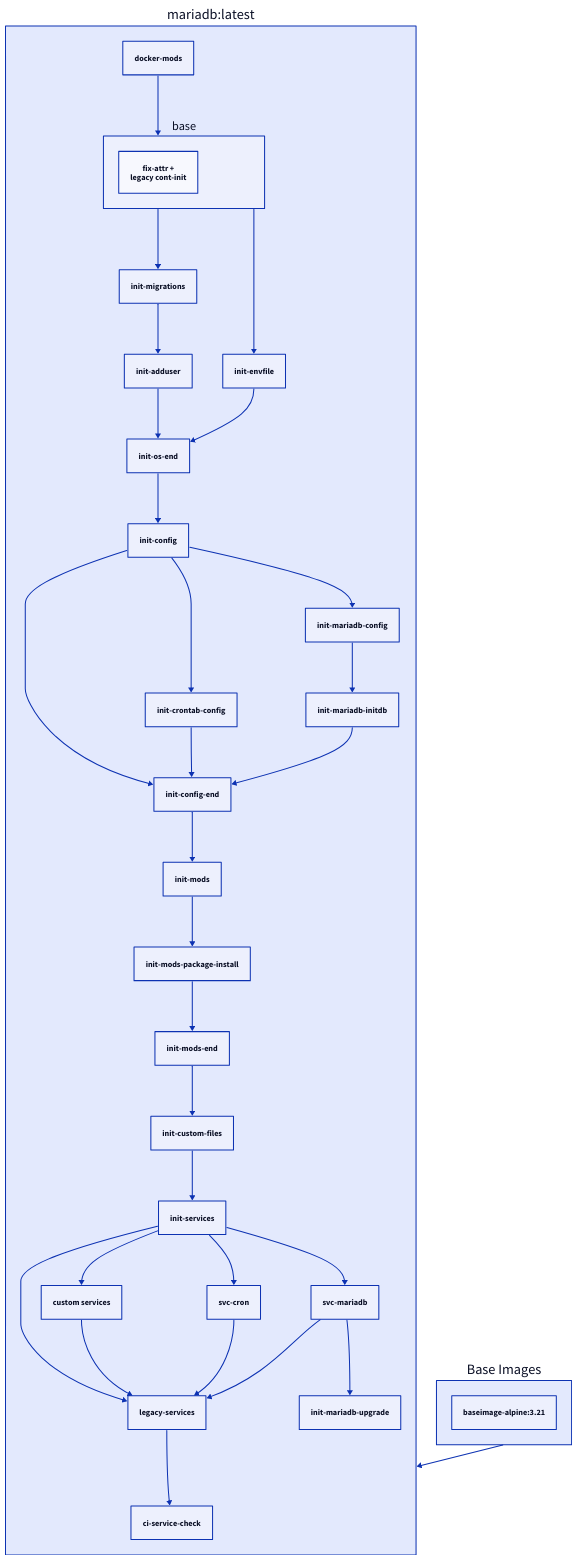
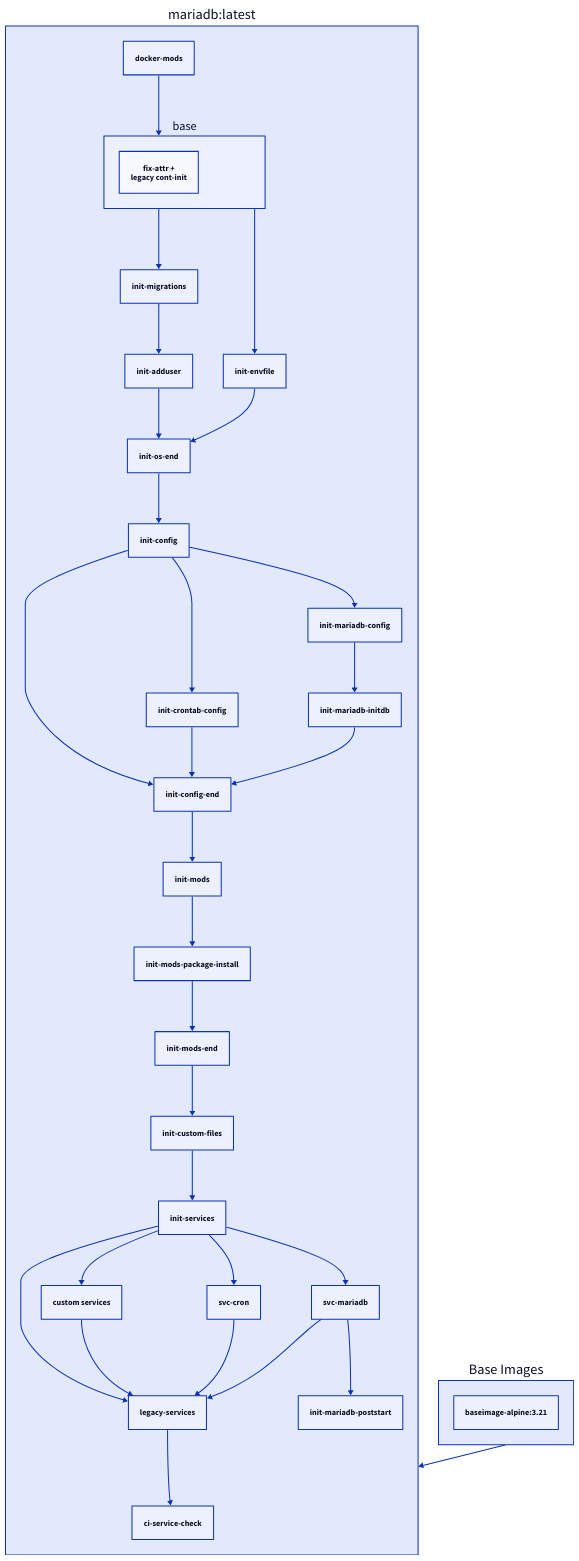
One commit to quietsy/docker-documentation changed the diagram in docs/images/docker-mariadb.md. Above: the diagram before and after it, drawn with D2. The commit also changed other lines of this file, not shown here.

Commit message:
Bot Updating Documentation

````diff
--- a/docs/images/docker-mariadb.md
+++ b/docs/images/docker-mariadb.md
@@ -367,41 +367,41 @@
     ```d2
     "mariadb:latest": {
       docker-mods
       base {
         fix-attr +\nlegacy cont-init
       }
       docker-mods -> base
       legacy-services
       custom services
       init-services -> legacy-services
       init-services -> custom services
       custom services -> legacy-services
       legacy-services -> ci-service-check
       init-migrations -> init-adduser
       init-os-end -> init-config
       init-config -> init-config-end
       init-crontab-config -> init-config-end
       init-mariadb-initdb -> init-config-end
       init-config -> init-crontab-config
       init-mods-end -> init-custom-files
       base -> init-envfile
       init-config -> init-mariadb-config
       init-mariadb-config -> init-mariadb-initdb
-      svc-mariadb -> init-mariadb-upgrade
+      svc-mariadb -> init-mariadb-poststart
       base -> init-migrations
       init-config-end -> init-mods
       init-mods-package-install -> init-mods-end
       init-mods -> init-mods-package-install
       init-adduser -> init-os-end
       init-envfile -> init-os-end
       init-custom-files -> init-services
       init-services -> svc-cron
       svc-cron -> legacy-services
       init-services -> svc-mariadb
       svc-mariadb -> legacy-services
     }
     Base Images: {
       "baseimage-alpine:3.21"
     }
     "mariadb:latest" <- Base Images
     ```
````
